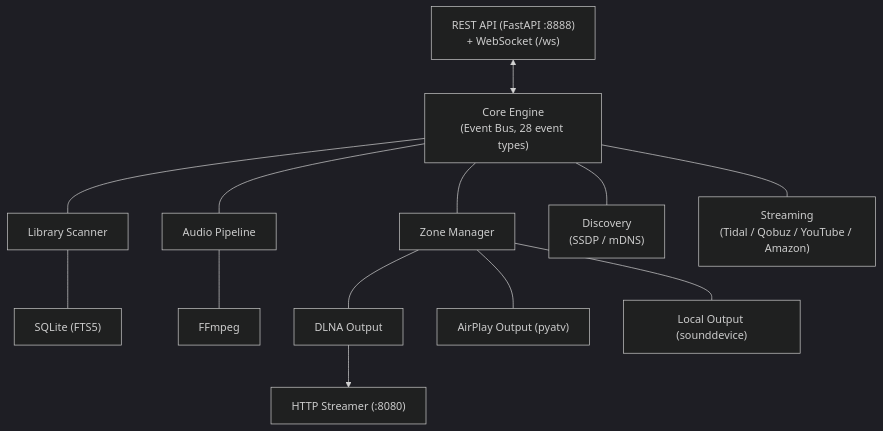
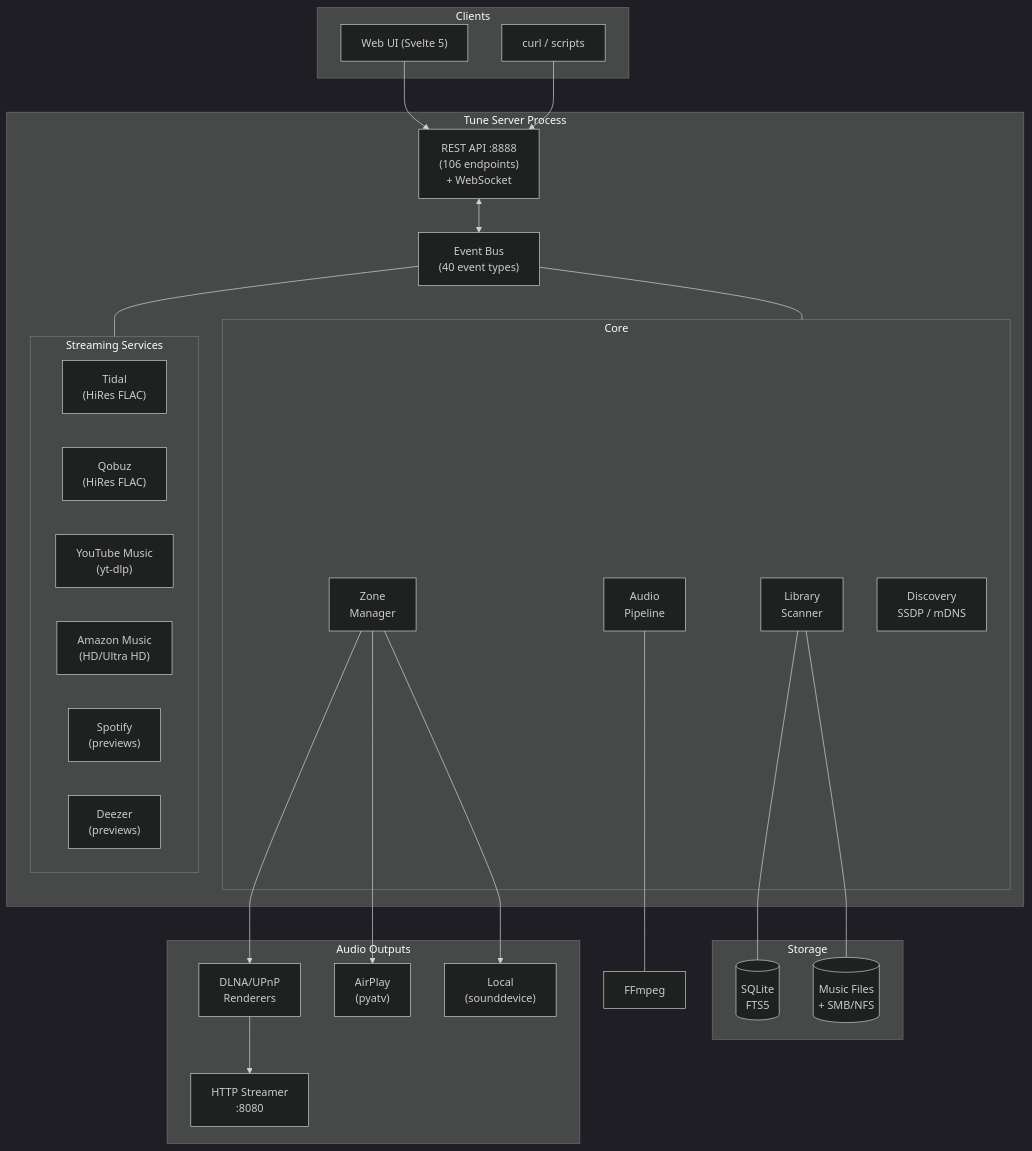
The first of 3 diagrams in README.md (renesenses/tune-server-linux), drawn with Mermaid (dark theme) before and after one commit. The commit also changed other lines of this file, not shown here.

First line of the commit message:
docs: enhance README with Mermaid diagrams and full service coverage

````diff
--- a/README.md
+++ b/README.md
@@ -27,29 +27,49 @@
 ```mermaid
 graph TD
-    API["REST API (FastAPI :8888)<br>+ WebSocket (/ws)"]
-    BUS["Core Engine<br>(Event Bus, 28 event types)"]
-    LIB["Library Scanner"]
-    AUDIO["Audio Pipeline"]
-    ZONE["Zone Manager"]
-    DISC["Discovery<br>(SSDP / mDNS)"]
-    STREAM["Streaming<br>(Tidal / Qobuz / YouTube / Amazon)"]
-    DB["SQLite (FTS5)"]
-    FFMPEG["FFmpeg"]
-    DLNA["DLNA Output"]
-    AIRPLAY["AirPlay Output (pyatv)"]
-    LOCAL["Local Output (sounddevice)"]
-    HTTP["HTTP Streamer (:8080)"]
+    subgraph Clients["Clients"]
+        WEB["Web UI (Svelte 5)"]
+        CLI["curl / scripts"]
+    end
 
+    subgraph Server["Tune Server Process"]
+        API["REST API :8888<br>(106 endpoints)<br>+ WebSocket"]
+        BUS["Event Bus<br>(40 event types)"]
+
+        subgraph Core
+            LIB["Library<br>Scanner"]
+            ZONE["Zone<br>Manager"]
+            AUDIO["Audio<br>Pipeline"]
+            DISC["Discovery<br>SSDP / mDNS"]
+        end
+
+        subgraph Streaming["Streaming Services"]
+            TIDAL["Tidal<br>(HiRes FLAC)"]
+            QOBUZ["Qobuz<br>(HiRes FLAC)"]
+            YT["YouTube Music<br>(yt-dlp)"]
+            AMZN["Amazon Music<br>(HD/Ultra HD)"]
+            SPOT["Spotify<br>(previews)"]
+            DEEZ["Deezer<br>(previews)"]
+        end
+    end
+
+    subgraph Storage
+        DB[("SQLite<br>FTS5")]
+        FS[("Music Files<br>+ SMB/NFS")]
+    end
+
+    subgraph Outputs["Audio Outputs"]
+        DLNA["DLNA/UPnP<br>Renderers"]
+        AIRPLAY["AirPlay<br>(pyatv)"]
+        LOCAL["Local<br>(sounddevice)"]
+        HTTP["HTTP Streamer<br>:8080"]
+    end
+
+    WEB & CLI --> API
     API <--> BUS
-    BUS --- LIB
-    BUS --- AUDIO
-    BUS --- ZONE
-    BUS --- DISC
-    BUS --- STREAM
-    LIB --- DB
-    AUDIO --- FFMPEG
-    ZONE --- DLNA
-    ZONE --- AIRPLAY
-    ZONE --- LOCAL
+    BUS --- Core
+    BUS --- Streaming
+    LIB --- DB & FS
+    AUDIO --- FFMPEG["FFmpeg"]
+    ZONE --> DLNA & AIRPLAY & LOCAL
     DLNA --> HTTP
 ```
````
